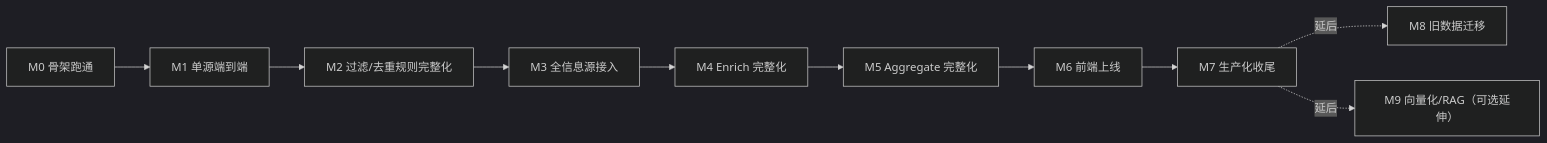
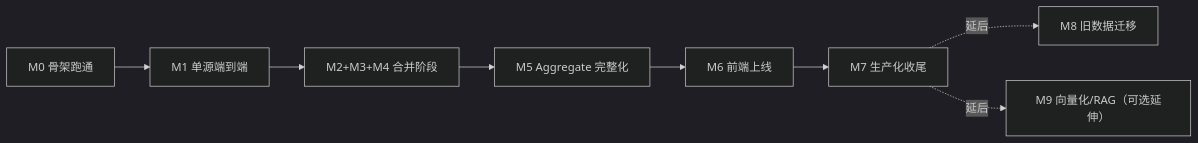
One commit to SkyJourney/ainews-project changed the diagram in docs/milestones/README.md. Above: the diagram before and after it, drawn with Mermaid (dark theme). The commit also changed other lines of this file and 21 other files, not shown here.

````diff
--- a/docs/milestones/README.md
+++ b/docs/milestones/README.md
@@ -7,12 +7,10 @@
 ```mermaid
 flowchart LR
     M0[M0 骨架跑通] --> M1[M1 单源端到端]
-    M1 --> M2[M2 过滤/去重规则完整化]
-    M2 --> M3[M3 全信息源接入]
-    M3 --> M4[M4 Enrich 完整化]
-    M4 --> M5[M5 Aggregate 完整化]
+    M1 --> M234["M2+M3+M4 合并阶段"]
+    M234 --> M5[M5 Aggregate 完整化]
     M5 --> M6[M6 前端上线]
     M6 --> M7[M7 生产化收尾]
     M7 -.延后.-> M8[M8 旧数据迁移]
     M7 -.延后.-> M9["M9 向量化/RAG（可选延伸）"]
 ```
````
